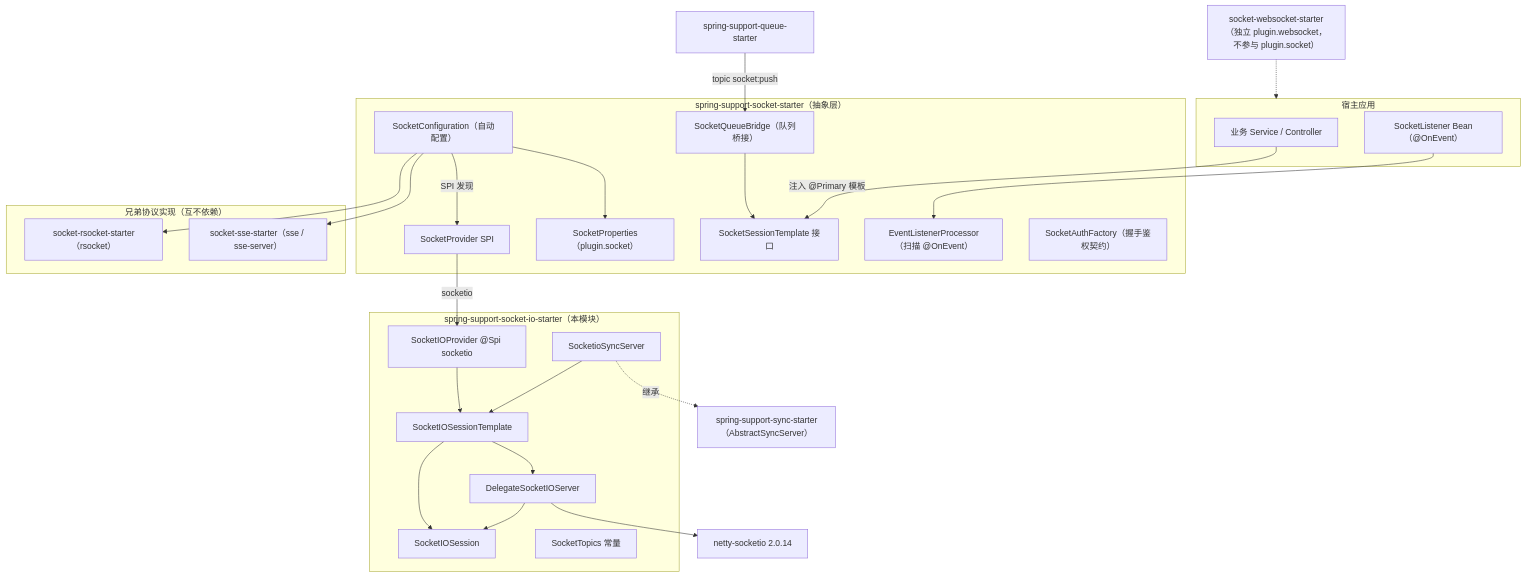
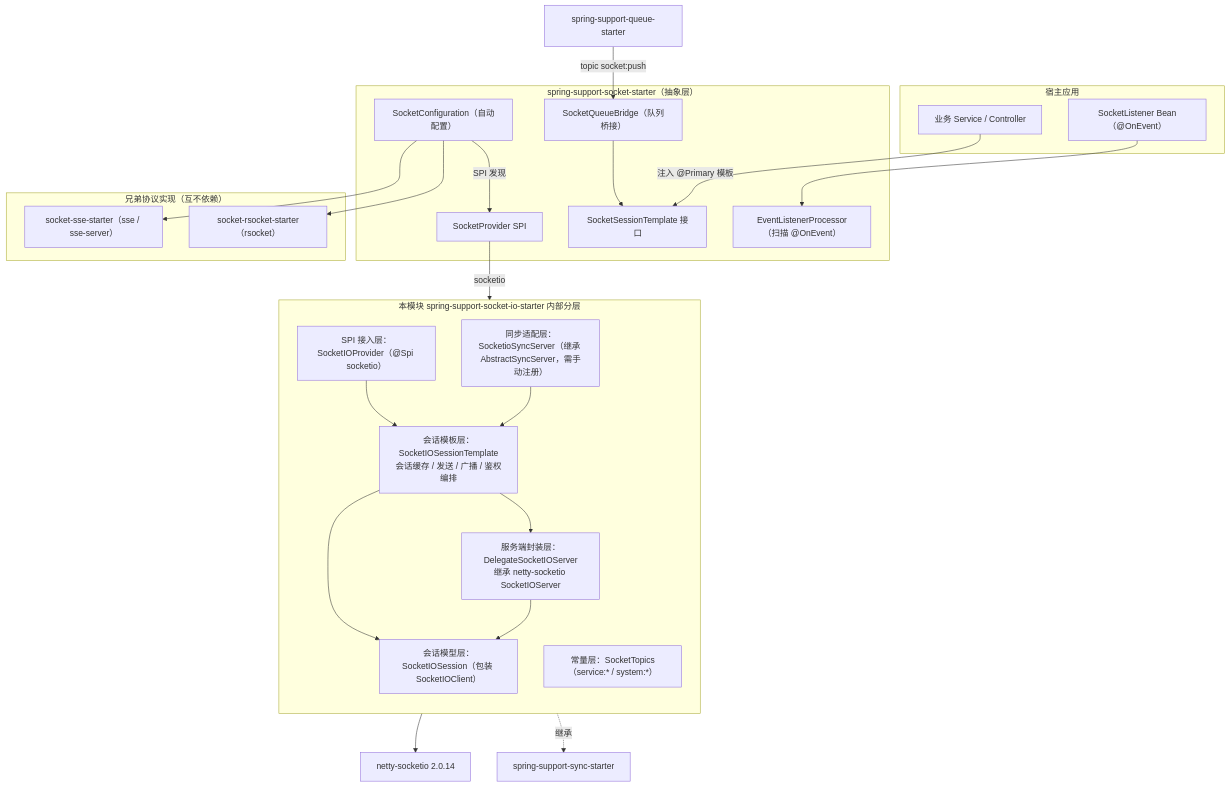
Before and after one commit to CHTK001/spring-support-parent-starter: the first of 2 diagrams in spring-support-socket-io-starter/README.md, drawn with Mermaid. The commit also changed other lines of this file and 54 other files, not shown here.

````diff
--- a/spring-support-socket-io-starter/README.md
+++ b/spring-support-socket-io-starter/README.md
@@ -15,53 +9,46 @@
 ```mermaid
 flowchart TB
     subgraph app["宿主应用"]
         SVC["业务 Service / Controller"]
         LSN["SocketListener Bean（@OnEvent）"]
     end
-
     subgraph abstract["spring-support-socket-starter（抽象层）"]
         CFG["SocketConfiguration（自动配置）"]
-        PROP["SocketProperties（plugin.socket）"]
         SPI["SocketProvider SPI"]
         TMPLI["SocketSessionTemplate 接口"]
         PROC["EventListenerProcessor（扫描 @OnEvent）"]
-        AUTHI["SocketAuthFactory（握手鉴权契约）"]
         BRIDGE["SocketQueueBridge（队列桥接）"]
     end
-
-    subgraph io["spring-support-socket-io-starter（本模块）"]
-        PROV["SocketIOProvider @Spi socketio"]
-        TEMPL["SocketIOSessionTemplate"]
-        DELE["DelegateSocketIOServer"]
-        SESS["SocketIOSession"]
-        SYNC["SocketioSyncServer"]
-        TOPIC["SocketTopics 常量"]
+    subgraph io["本模块 spring-support-socket-io-starter 内部分层"]
+        direction TB
+        PROV["SPI 接入层：SocketIOProvider（@Spi socketio）"]
+        TEMPL["会话模板层：SocketIOSessionTemplate<br/>会话缓存 / 发送 / 广播 / 鉴权编排"]
+        DELE["服务端封装层：DelegateSocketIOServer<br/>继承 netty-socketio SocketIOServer"]
+        SESS["会话模型层：SocketIOSession（包装 SocketIOClient）"]
+        SYNC["同步适配层：SocketioSyncServer（继承 AbstractSyncServer，需手动注册）"]
+        TOPIC["常量层：SocketTopics（service:* / system:*）"]
+        PROV --> TEMPL
+        TEMPL --> DELE
+        TEMPL --> SESS
+        DELE --> SESS
+        SYNC --> TEMPL
     end
-
     subgraph siblings["兄弟协议实现（互不依赖）"]
         SSE["socket-sse-starter（sse / sse-server）"]
         RS["socket-rsocket-starter（rsocket）"]
     end
-
-    WS["socket-websocket-starter（独立 plugin.websocket，不参与 plugin.socket）"]
     NETTY["netty-socketio 2.0.14"]
-    SYNCS["spring-support-sync-starter（AbstractSyncServer）"]
+    SYNCS["spring-support-sync-starter"]
     QUEUE["spring-support-queue-starter"]
 
     SVC -- "注入 @Primary 模板" --> TMPLI
     LSN --> PROC
-    CFG --> PROP
     CFG -- "SPI 发现" --> SPI
     SPI -- "socketio" --> PROV
-    PROV --> TEMPL
-    TEMPL --> DELE --> NETTY
-    TEMPL --> SESS
-    DELE --> SESS
+    DELE --> NETTY
     SYNC -. "继承" .-> SYNCS
-    SYNC --> TEMPL
     QUEUE -- "topic socket:push" --> BRIDGE
     BRIDGE --> TMPLI
     CFG --> SSE
     CFG --> RS
-    WS -.-> app
 ```
````
